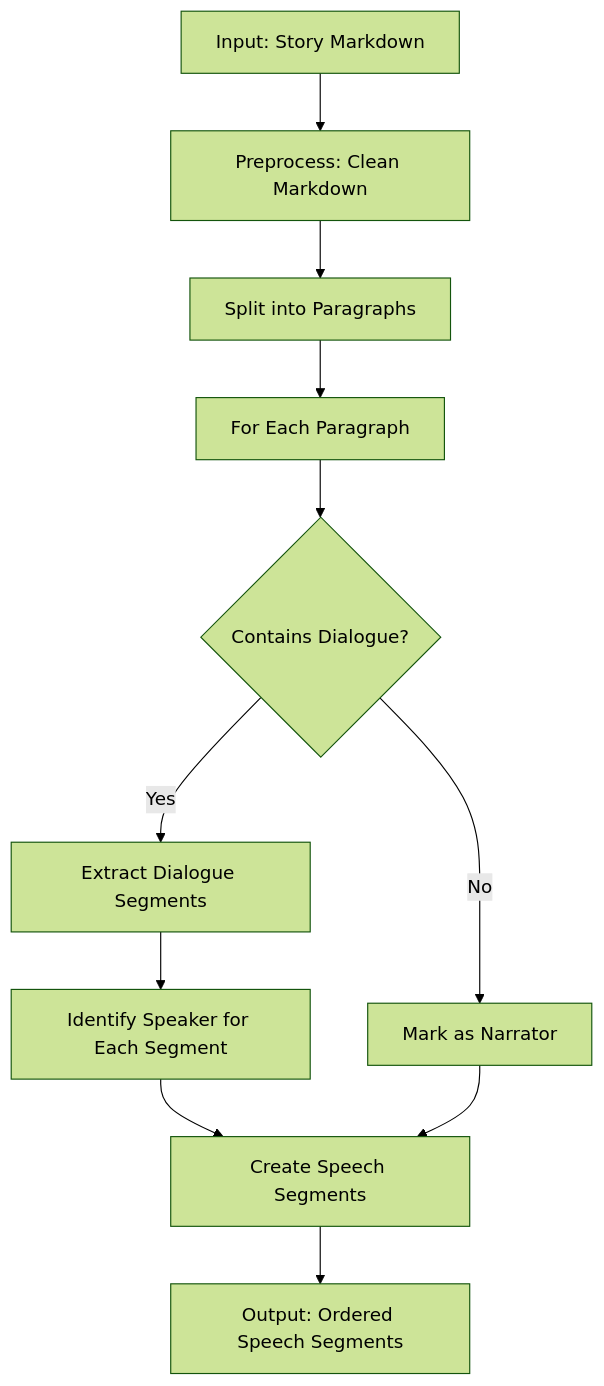
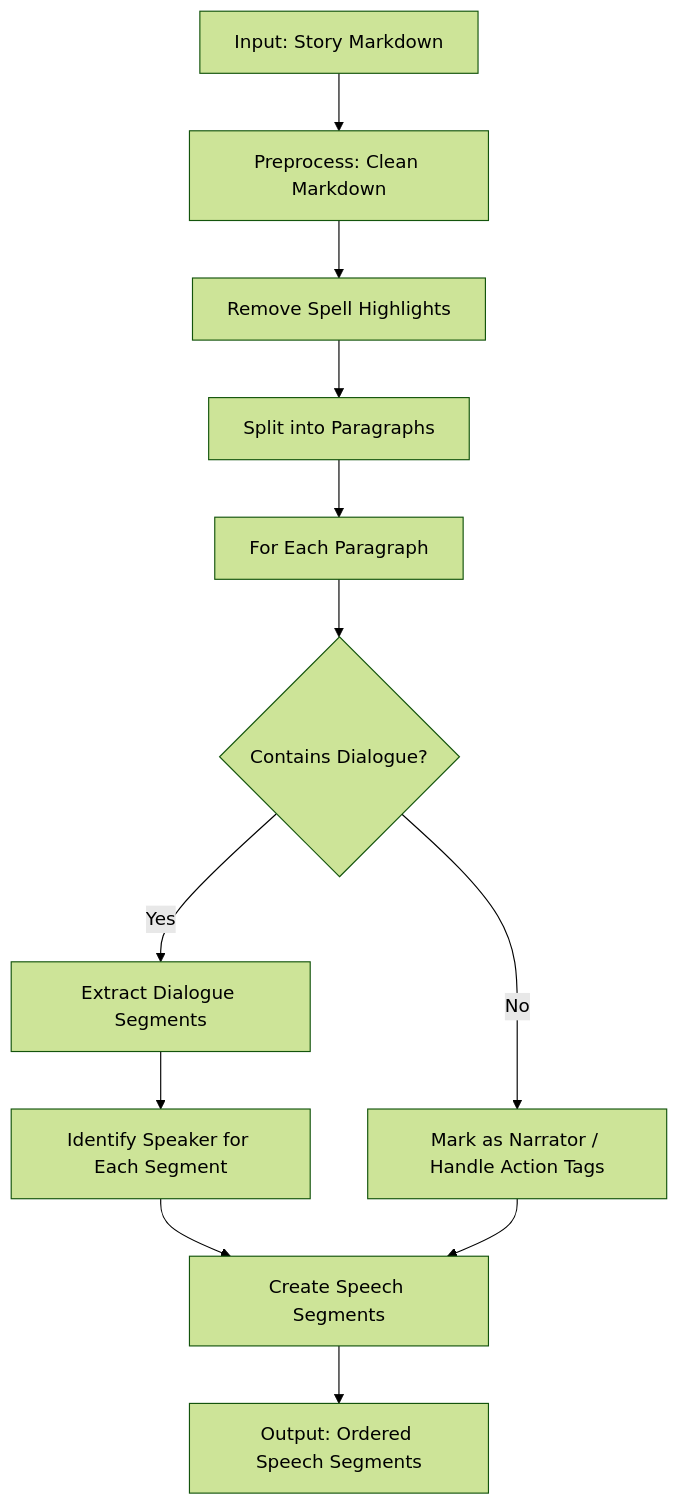
One commit to RKolen/DDCCS changed the first of 4 diagrams in plans/multi_voice_tts_design.md. Above: the diagram before and after it, drawn with Mermaid (forest theme). The commit also changed other lines of this file and 9 other files, not shown here.

````diff
--- a/plans/multi_voice_tts_design.md
+++ b/plans/multi_voice_tts_design.md
@@ -146,13 +237,14 @@
 ```mermaid
 flowchart TD
     A[Input: Story Markdown] --> B[Preprocess: Clean Markdown]
-    B --> C[Split into Paragraphs]
+    B --> B1[Remove Spell Highlights]
+    B1 --> C[Split into Paragraphs]
     C --> D[For Each Paragraph]
     D --> E{Contains Dialogue?}
     E -->|Yes| F[Extract Dialogue Segments]
-    E -->|No| G[Mark as Narrator]
+    E -->|No| G[Mark as Narrator / Handle Action Tags]
     F --> H[Identify Speaker for Each Segment]
     H --> I[Create Speech Segments]
     G --> I
     I --> J[Output: Ordered Speech Segments]
 ```
````
